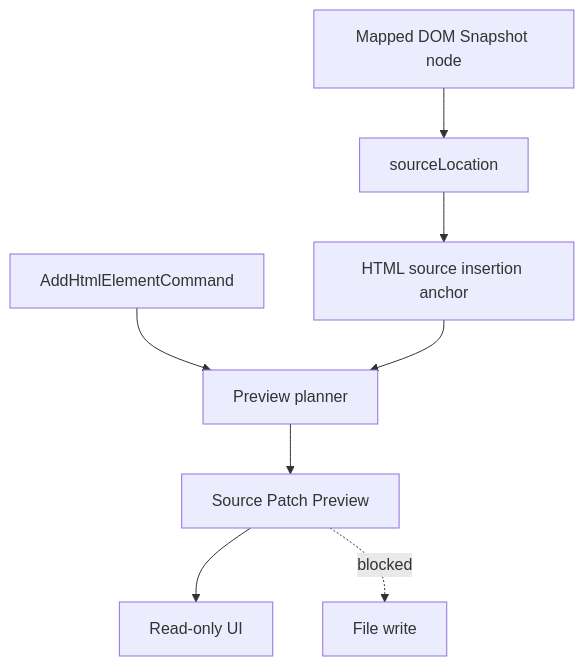
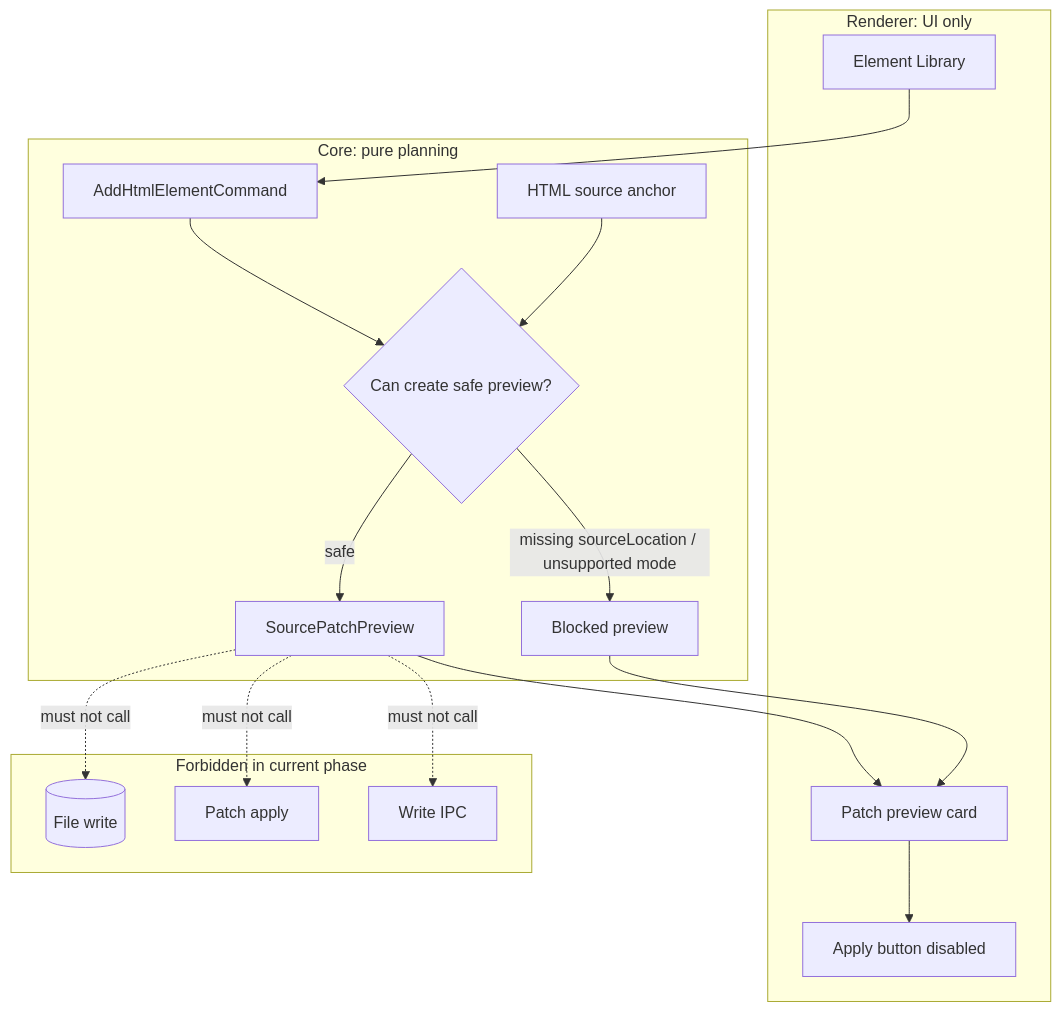
One commit to krestosa/Crystal changed the diagram in docs/architecture/commands/source-patch-preview.md. Above: the diagram before and after it, drawn with Mermaid. The commit also changed other lines of this file and 12 other files, not shown here.

Commit message:
Add richer preview and command documentation

````diff
--- a/docs/architecture/commands/source-patch-preview.md
+++ b/docs/architecture/commands/source-patch-preview.md
@@ -15,10 +68,34 @@
 ```mermaid
 flowchart TD
-  SnapshotNode[Mapped DOM Snapshot node] --> SourceLocation[sourceLocation]
-  SourceLocation --> Anchor[HTML source insertion anchor]
-  Command[AddHtmlElementCommand] --> Planner[Preview planner]
+  subgraph Renderer[Renderer: UI only]
+    Library[Element Library]
+    PreviewCard[Patch preview card]
+    Apply[Apply button disabled]
+  end
+
+  subgraph Core[Core: pure planning]
+    Command[AddHtmlElementCommand]
+    Planner{Can create safe preview?}
+    Anchor[HTML source anchor]
+    Patch[SourcePatchPreview]
+    Blocked[Blocked preview]
+  end
+
+  subgraph Forbidden[Forbidden in current phase]
+    FileWrite[(File write)]
+    PatchApply[Patch apply]
+    WriteIPC[Write IPC]
+  end
+
+  Library --> Command
+  Command --> Planner
   Anchor --> Planner
-  Planner --> PatchPreview[Source Patch Preview]
-  PatchPreview --> Renderer[Read-only UI]
-  PatchPreview -. blocked .-> FileWrite[File write]
+  Planner -->|safe| Patch
+  Planner -->|missing sourceLocation / unsupported mode| Blocked
+  Patch --> PreviewCard
+  Blocked --> PreviewCard
+  PreviewCard --> Apply
+  Patch -. must not call .-> FileWrite
+  Patch -. must not call .-> PatchApply
+  Patch -. must not call .-> WriteIPC
 ```
````
